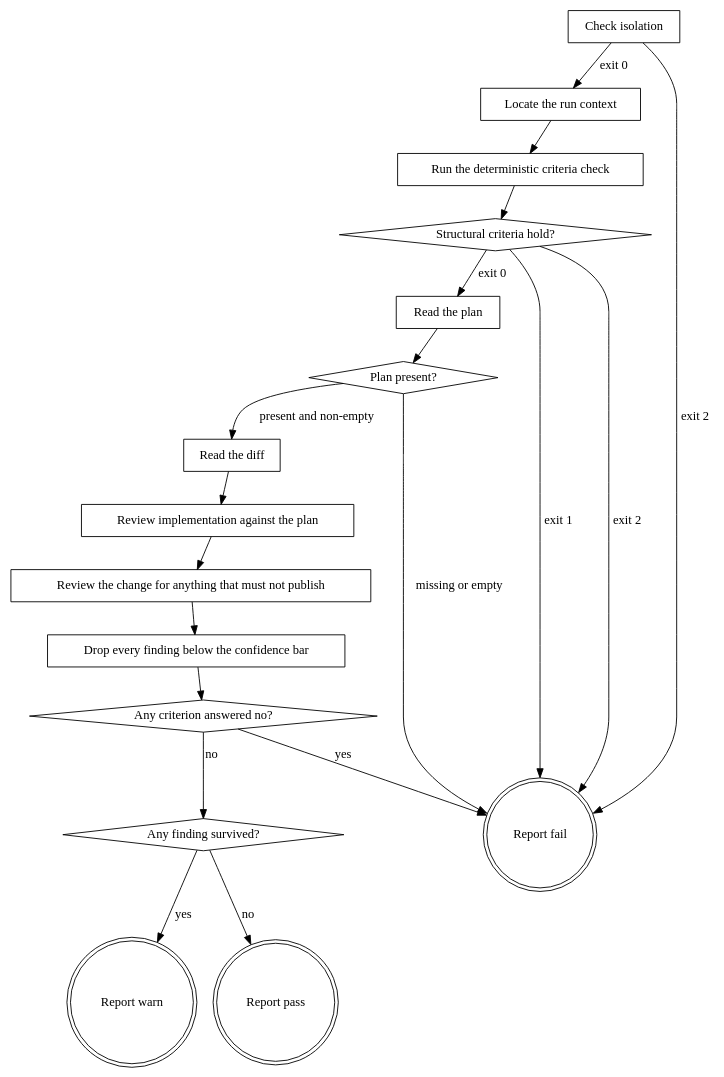
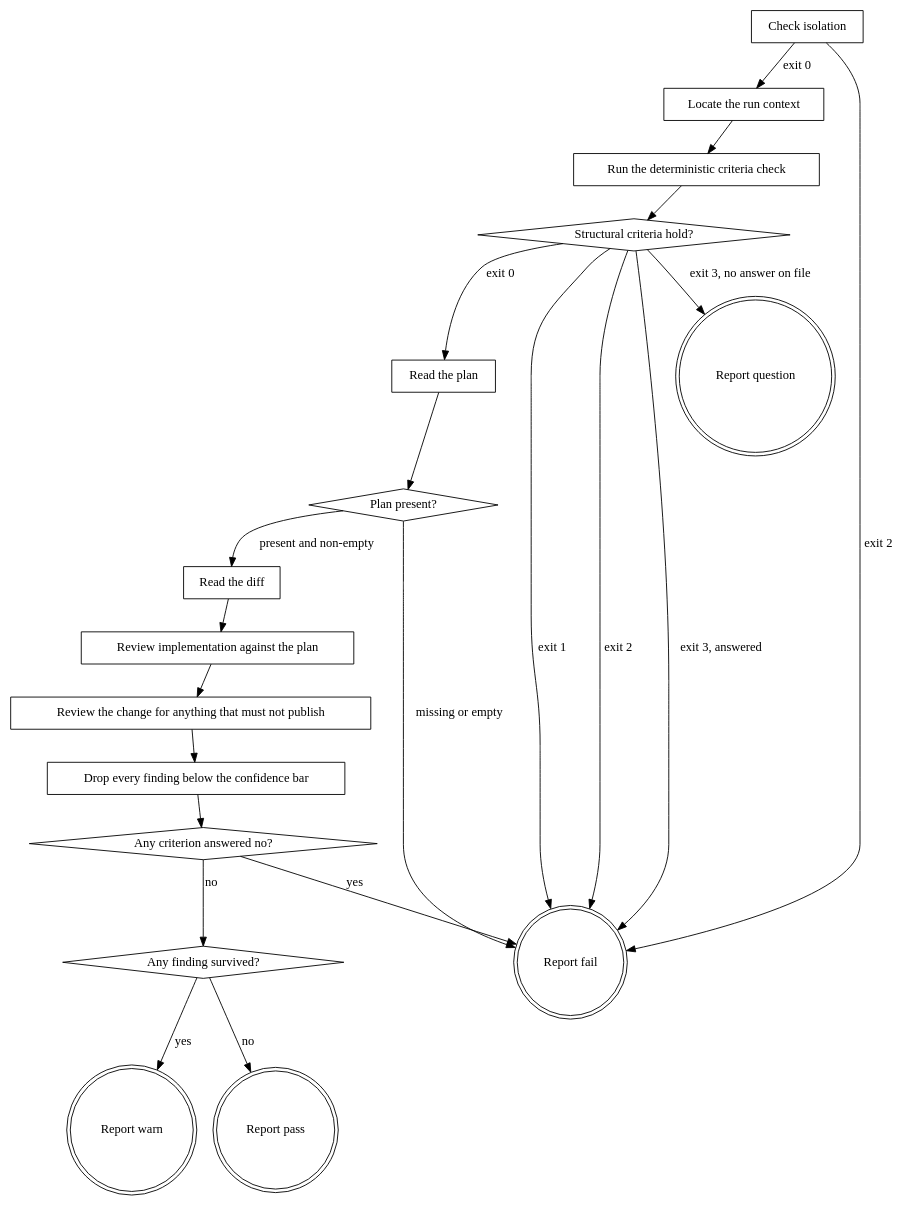
Before and after one commit to agenticDraft/aem-eds-ai-workflow-demo: the diagram in plugins/eds/skills/eds-publish-gate/SKILL.md, drawn with Graphviz. The commit also changed other lines of this file and 12 other files, not shown here.

````diff
--- a/plugins/eds/skills/eds-publish-gate/SKILL.md
+++ b/plugins/eds/skills/eds-publish-gate/SKILL.md
@@ -48,38 +48,41 @@
 ```dot
 digraph eds_publish_gate {
     "Check isolation" [shape=box];
     "Locate the run context" [shape=box];
     "Run the deterministic criteria check" [shape=box];
     "Structural criteria hold?" [shape=diamond];
     "Read the plan" [shape=box];
     "Plan present?" [shape=diamond];
     "Read the diff" [shape=box];
     "Review implementation against the plan" [shape=box];
     "Review the change for anything that must not publish" [shape=box];
     "Drop every finding below the confidence bar" [shape=box];
     "Any criterion answered no?" [shape=diamond];
     "Any finding survived?" [shape=diamond];
     "Report fail" [shape=doublecircle];
     "Report warn" [shape=doublecircle];
     "Report pass" [shape=doublecircle];
+    "Report question" [shape=doublecircle];
 
     "Check isolation" -> "Locate the run context" [label="exit 0"];
     "Check isolation" -> "Report fail" [label="exit 2"];
     "Locate the run context" -> "Run the deterministic criteria check";
     "Run the deterministic criteria check" -> "Structural criteria hold?";
     "Structural criteria hold?" -> "Read the plan" [label="exit 0"];
     "Structural criteria hold?" -> "Report fail" [label="exit 1"];
     "Structural criteria hold?" -> "Report fail" [label="exit 2"];
+    "Structural criteria hold?" -> "Report question" [label="exit 3, no answer on file"];
+    "Structural criteria hold?" -> "Report fail" [label="exit 3, answered"];
     "Read the plan" -> "Plan present?";
     "Plan present?" -> "Read the diff" [label="present and non-empty"];
     "Plan present?" -> "Report fail" [label="missing or empty"];
     "Read the diff" -> "Review implementation against the plan";
     "Review implementation against the plan" -> "Review the change for anything that must not publish";
     "Review the change for anything that must not publish" -> "Drop every finding below the confidence bar";
     "Drop every finding below the confidence bar" -> "Any criterion answered no?";
     "Any criterion answered no?" -> "Report fail" [label="yes"];
     "Any criterion answered no?" -> "Any finding survived?" [label="no"];
     "Any finding survived?" -> "Report warn" [label="yes"];
     "Any finding survived?" -> "Report pass" [label="no"];
 }
 ```
````
